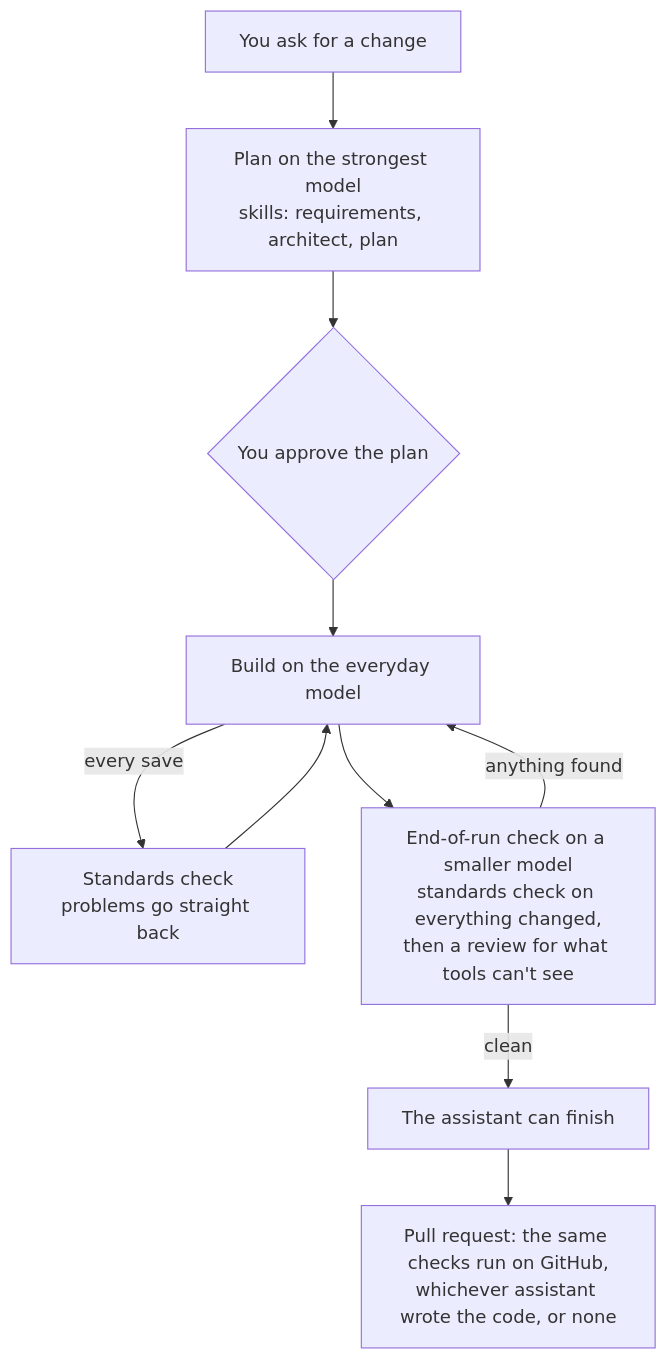
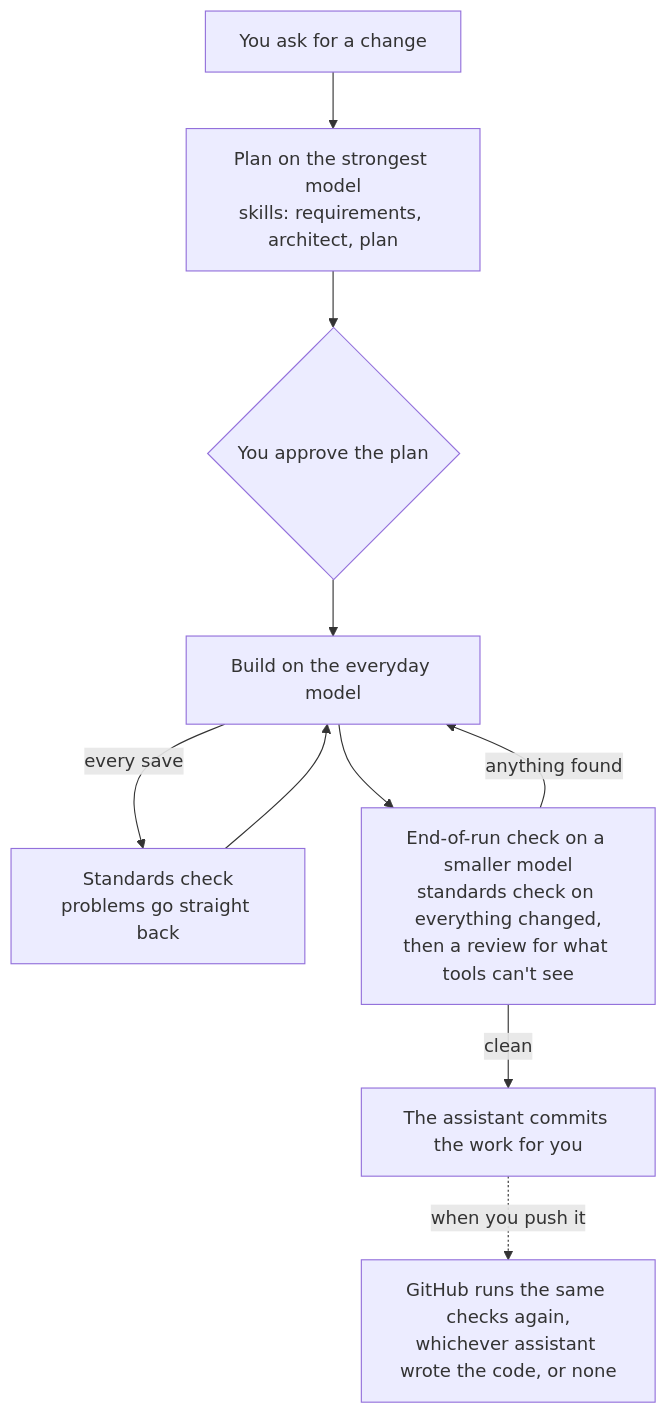
Before and after one commit to dbraben/lbbexley-ai-build-workshop: the second of 3 diagrams in instructions/01-how-the-harness-works.md, drawn with Mermaid. The commit also changed other lines of this file and 32 other files, not shown here.

````diff
--- a/instructions/01-how-the-harness-works.md
+++ b/instructions/01-how-the-harness-works.md
@@ -31,12 +31,12 @@
 ```mermaid
 flowchart TD
     ask["You ask for a change"] --> plan["Plan on the strongest model<br/>skills: requirements, architect, plan"]
     plan --> approve{"You approve the plan"}
     approve --> build["Build on the everyday model"]
     build -- "every save" --> check["Standards check<br/>problems go straight back"]
     check --> build
     build --> gate["End-of-run check on a smaller model<br/>standards check on everything changed,<br/>then a review for what tools can't see"]
     gate -- "anything found" --> build
-    gate -- "clean" --> done["The assistant can finish"]
-    done --> pr["Pull request: the same checks run on GitHub,<br/>whichever assistant wrote the code, or none"]
+    gate -- "clean" --> save["The assistant commits the work for you"]
+    save -. "when you push it" .-> github["GitHub runs the same checks again,<br/>whichever assistant wrote the code, or none"]
 ```
````
